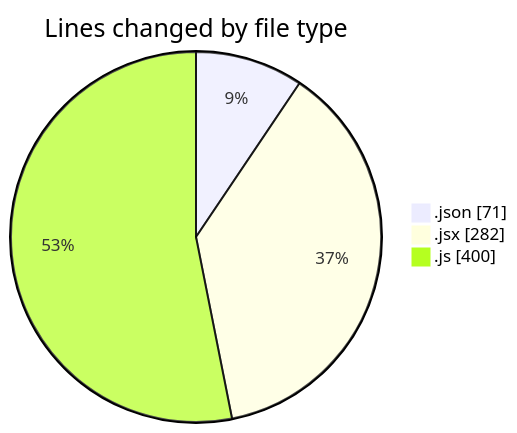
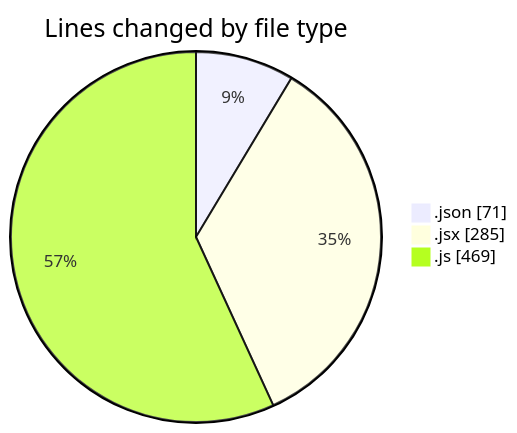
Before and after one commit to momahboobian/code-tracking: the first of 2 diagrams in 2026-03-02/cda/README.md, drawn with Mermaid. The commit also changed other lines of this file and 1 other file, not shown here.

````diff
--- a/2026-03-02/cda/README.md
+++ b/2026-03-02/cda/README.md
@@ -22,7 +22,7 @@
 ```mermaid
 pie showData
 title Lines changed by file type
 ".json" : 71
-".jsx" : 282
-".js" : 400
+".jsx" : 285
+".js" : 469
 ```
````
